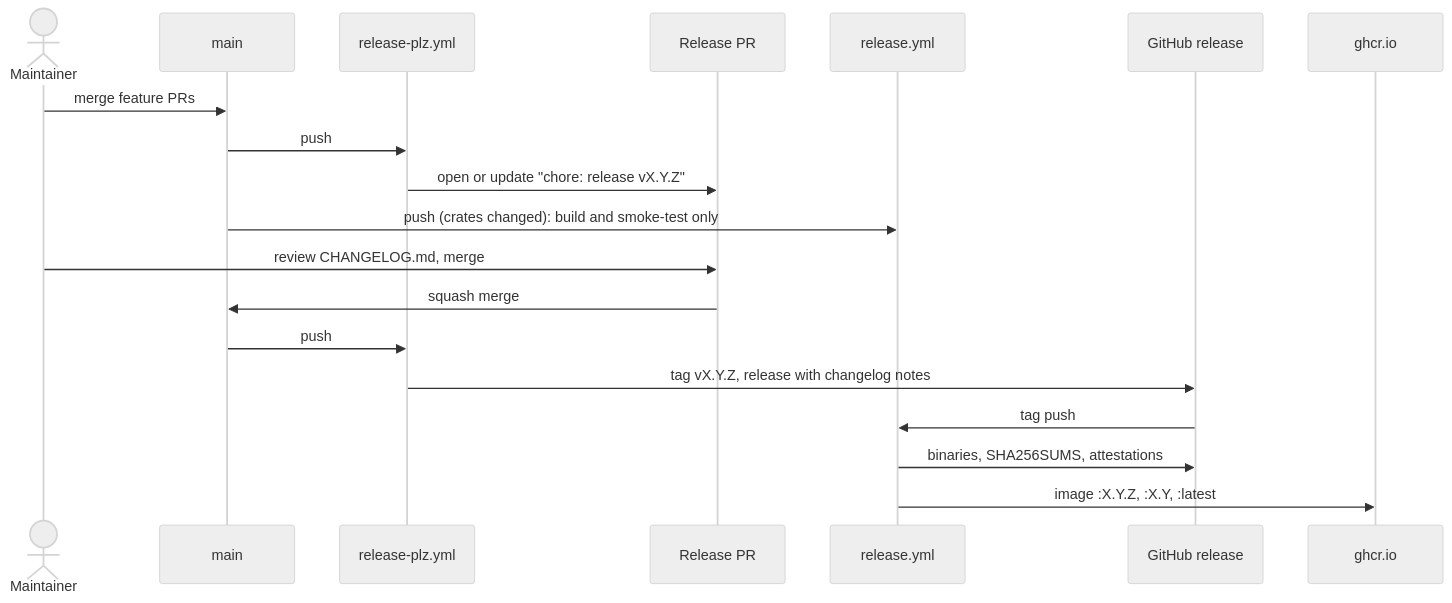
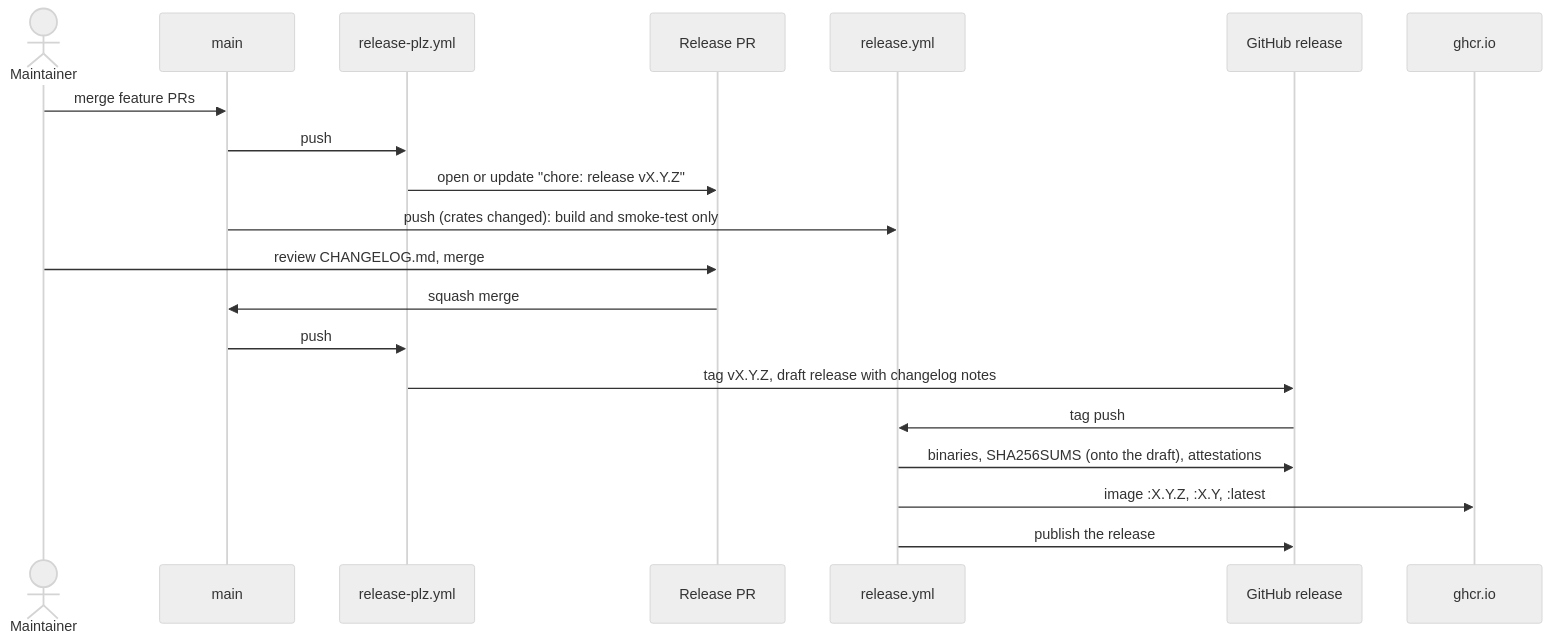
One commit to nevzheng/mammoth-cache changed the diagram in docs/design/0009-releases.md. Above: the diagram before and after it, drawn with Mermaid (neutral theme). The commit also changed other lines of this file and 3 other files, not shown here.

````diff
--- a/docs/design/0009-releases.md
+++ b/docs/design/0009-releases.md
@@ -89,22 +89,23 @@
 ```mermaid
 sequenceDiagram
     actor M as Maintainer
     participant Main as main
     participant RP as release-plz.yml
     participant PR as Release PR
     participant Rel as release.yml
     participant GH as GitHub release
     participant GHCR as ghcr.io
 
     M->>Main: merge feature PRs
     Main->>RP: push
     RP->>PR: open or update "chore: release vX.Y.Z"
     Main->>Rel: push (crates changed): build and smoke-test only
     M->>PR: review CHANGELOG.md, merge
     PR->>Main: squash merge
     Main->>RP: push
-    RP->>GH: tag vX.Y.Z, release with changelog notes
+    RP->>GH: tag vX.Y.Z, draft release with changelog notes
     GH->>Rel: tag push
-    Rel->>GH: binaries, SHA256SUMS, attestations
+    Rel->>GH: binaries, SHA256SUMS (onto the draft), attestations
     Rel->>GHCR: image :X.Y.Z, :X.Y, :latest
+    Rel->>GH: publish the release
 ```
````
